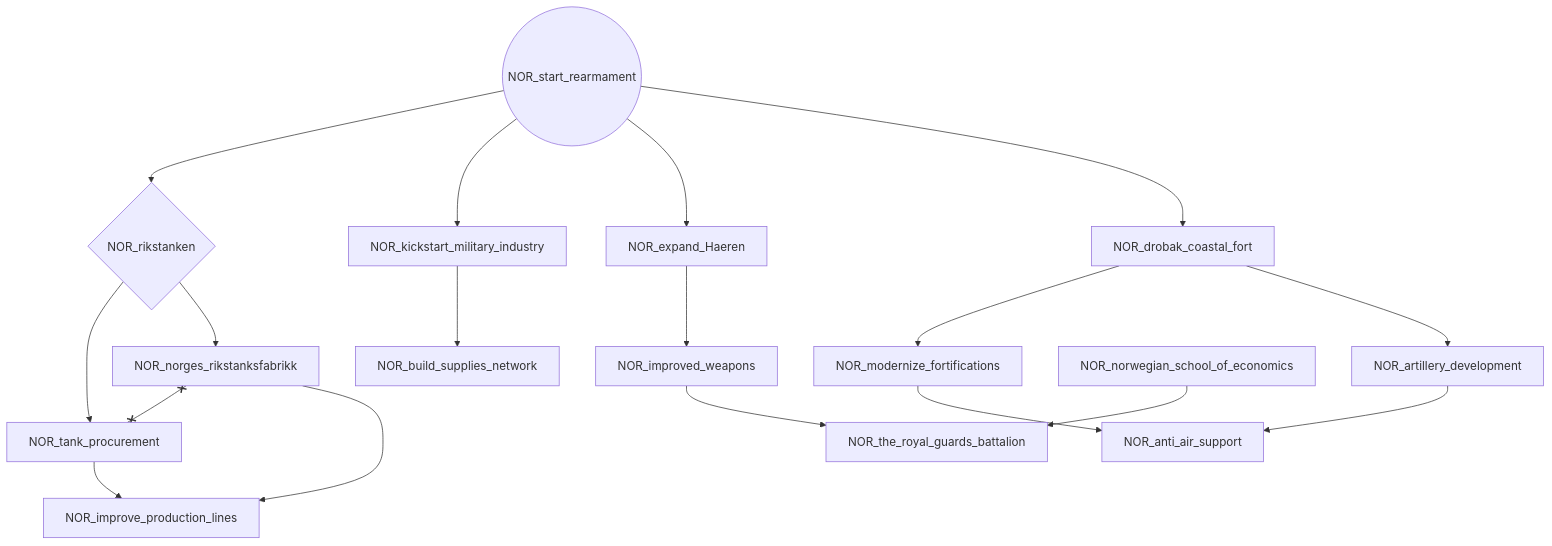
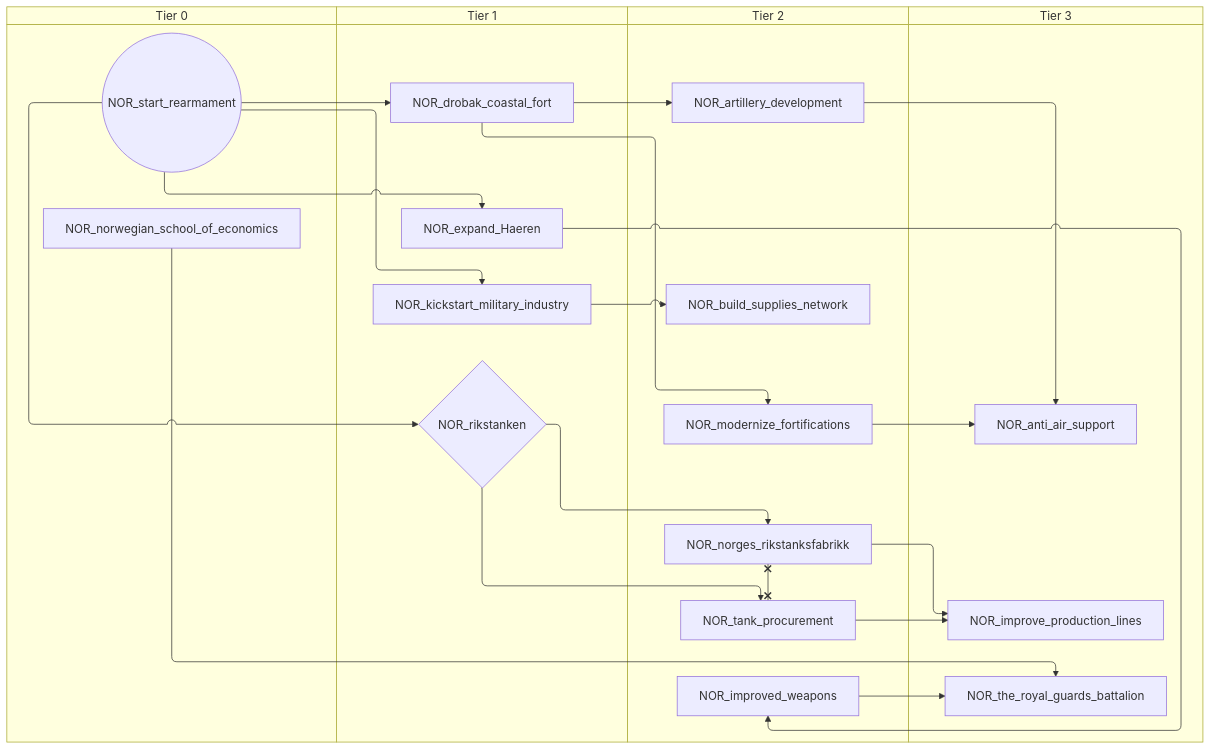
The fifth of 8 diagrams in docs/gdd/National Focuses/r56/norway.md (evgeny-sobol/hoi4-sandbox-mode-r56), drawn with Mermaid before and after one commit. The commit also changed other lines of this file and 423 other files, not shown here.

First line of the commit message:
Re-export Rt56 focus trees as swimlane diagrams

````diff
--- a/docs/gdd/National Focuses/r56/norway.md
+++ b/docs/gdd/National Focuses/r56/norway.md
@@ -375,35 +437,43 @@
 ```mermaid
-flowchart TD
-    n141["NOR_anti_air_support"]
-    n142["NOR_artillery_development"]
-    n143["NOR_build_supplies_network"]
-    n144["NOR_drobak_coastal_fort"]
-    n145["NOR_expand_Haeren"]
-    n146["NOR_improve_production_lines"]
-    n50["NOR_improved_weapons"]
-    n147["NOR_kickstart_military_industry"]
-    n148["NOR_modernize_fortifications"]
-    n149["NOR_norges_rikstanksfabrikk"]
-    n57["NOR_norwegian_school_of_economics"]
-    n150{"NOR_rikstanken"}
-    n151(("NOR_start_rearmament"))
-    n152["NOR_tank_procurement"]
-    n59["NOR_the_royal_guards_battalion"]
-    n148 --> n141
-    n142 --> n141
-    n144 --> n142
-    n147 --> n143
-    n151 --> n144
-    n151 --> n145
-    n152 --> n146
-    n149 --> n146
-    n145 --> n50
-    n151 --> n147
-    n144 --> n148
-    n150 --> n149
-    n151 --> n150
+swimlane-beta TD
+    subgraph tier_0["Tier 0"]
+        n46["NOR_norwegian_school_of_economics"]
+        n141(("NOR_start_rearmament"))
+    end
+    subgraph tier_1["Tier 1"]
+        n142["NOR_drobak_coastal_fort"]
+        n143["NOR_expand_Haeren"]
+        n144["NOR_kickstart_military_industry"]
+        n145{"NOR_rikstanken"}
+    end
+    subgraph tier_2["Tier 2"]
+        n146["NOR_artillery_development"]
+        n147["NOR_build_supplies_network"]
+        n41["NOR_improved_weapons"]
+        n148["NOR_modernize_fortifications"]
+        n149["NOR_norges_rikstanksfabrikk"]
+        n150["NOR_tank_procurement"]
+    end
+    subgraph tier_3["Tier 3"]
+        n151["NOR_anti_air_support"]
+        n152["NOR_improve_production_lines"]
+        n51["NOR_the_royal_guards_battalion"]
+    end
+    n148 --> n151
+    n146 --> n151
+    n142 --> n146
+    n144 --> n147
+    n141 --> n142
+    n141 --> n143
     n150 --> n152
-    n50 --> n59
-    n57 --> n59
-    n149 x--x n152
+    n149 --> n152
+    n143 --> n41
+    n141 --> n144
+    n142 --> n148
+    n145 --> n149
+    n141 --> n145
+    n145 --> n150
+    n41 --> n51
+    n46 --> n51
+    n149 x--x n150
 ```
````
